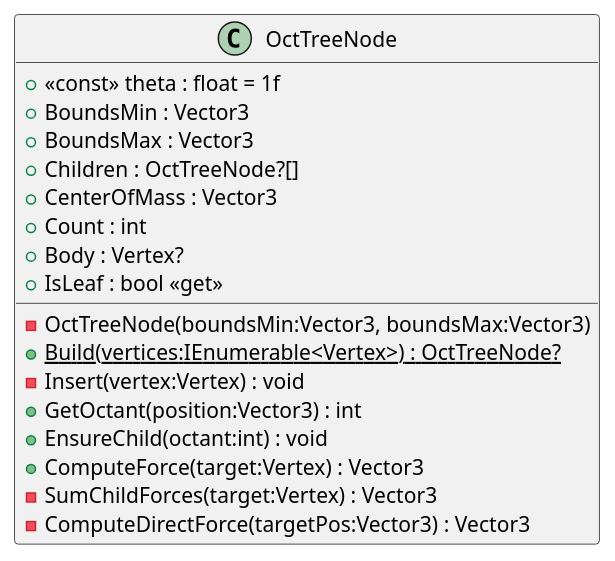
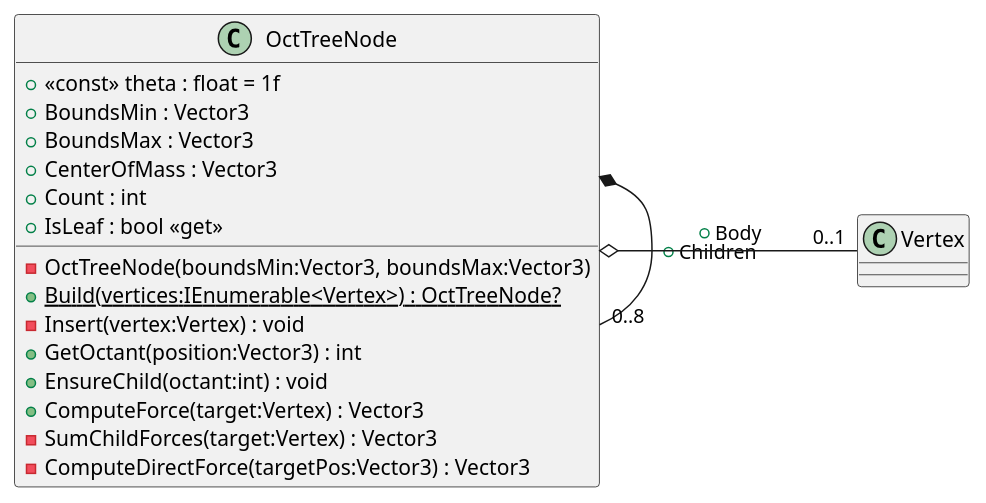
The diagram in Docs/Class diagram/Node/OctTreeNode.puml (SzabiSuli/rushhour), drawn with PlantUML before and after one commit. The commit also changed 7 other files, not shown here.

Commit message:
small uml corrections

```diff
--- a/Docs/Class diagram/Node/OctTreeNode.puml
+++ b/Docs/Class diagram/Node/OctTreeNode.puml
@@ -1,20 +1,24 @@
 @startuml
 class OctTreeNode {
     + <<const>> theta : float = 1f
     + BoundsMin : Vector3
     + BoundsMax : Vector3
-    + Children : OctTreeNode?[]
+    ' + Children : OctTreeNode?[]
     + CenterOfMass : Vector3
     + Count : int
-    + Body : Vertex?
+    ' + Body : Vertex?
     + IsLeaf : bool <<get>>
     - OctTreeNode(boundsMin:Vector3, boundsMax:Vector3)
     + {static} Build(vertices:IEnumerable<Vertex>) : OctTreeNode?
     - Insert(vertex:Vertex) : void
     + GetOctant(position:Vector3) : int
     + EnsureChild(octant:int) : void
     + ComputeForce(target:Vertex) : Vector3
     - SumChildForces(target:Vertex) : Vector3
     - ComputeDirectForce(targetPos:Vector3) : Vector3
 }
+
+OctTreeNode *-- "0..8" OctTreeNode : + Children
+OctTreeNode o-right- "0..1" Vertex : + Body
+
 @enduml
```
